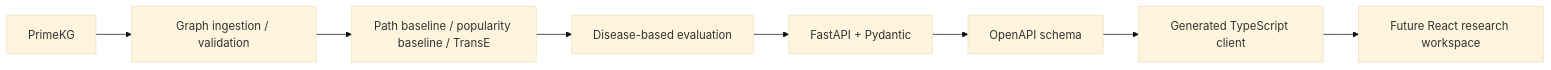
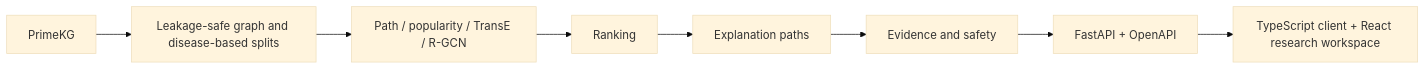
The diagram in README.md (Shivaan2007/RepurposeMap), drawn with Mermaid (base theme) before and after one commit. The commit also changed other lines of this file, not shown here.

Commit message:
Update project status for sampled R-GCN

````diff
--- a/README.md
+++ b/README.md
@@ -24,10 +24,10 @@
 ```mermaid
 flowchart LR
-    A[PrimeKG] --> B[Graph ingestion / validation]
-    B --> C[Path baseline / popularity baseline / TransE]
-    C --> D[Disease-based evaluation]
-    D --> E[FastAPI + Pydantic]
-    E --> F[OpenAPI schema]
-    F --> G[Generated TypeScript client]
-    G --> H[Future React research workspace]
+    A[PrimeKG] --> B[Leakage-safe graph and disease-based splits]
+    B --> C[Path / popularity / TransE / R-GCN]
+    C --> D[Ranking]
+    D --> E[Explanation paths]
+    E --> F[Evidence and safety]
+    F --> G[FastAPI + OpenAPI]
+    G --> H[TypeScript client + React research workspace]
 ```
````
